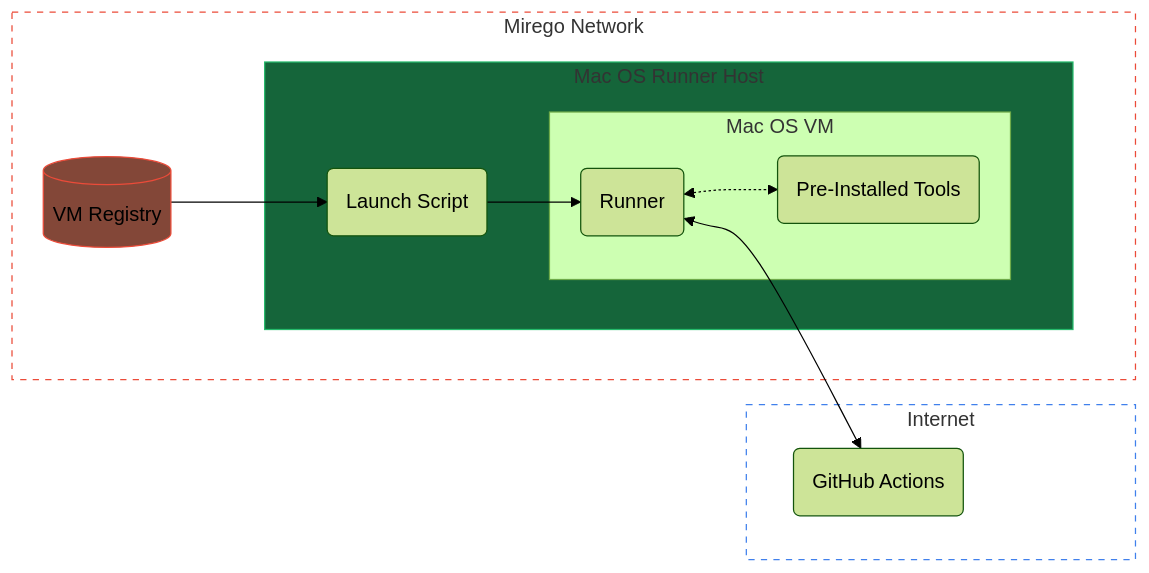
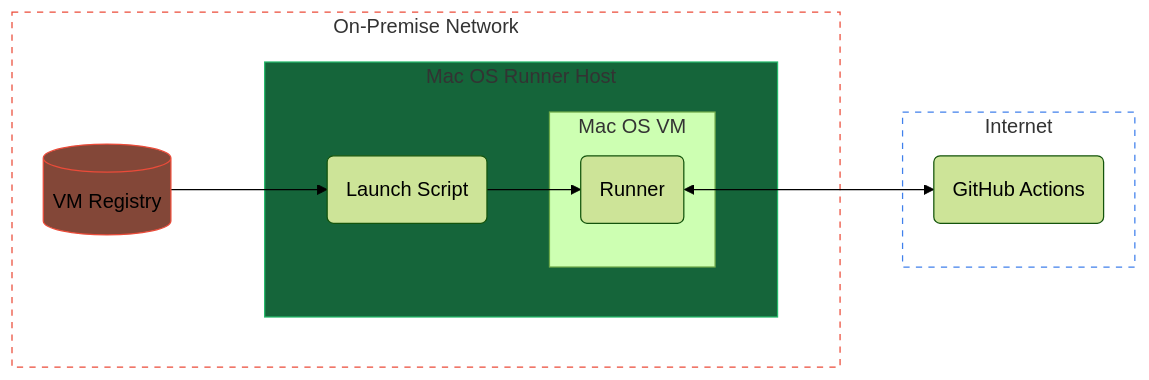
The diagram in README.md (mirego/ekiden), drawn with Mermaid (forest theme) before and after one commit. The commit also changed other lines of this file and 15 other files, not shown here.

````diff
--- a/README.md
+++ b/README.md
@@ -73,30 +36,30 @@
 ```mermaid
 flowchart LR
-    subgraph mirego [Mirego Network]
+    subgraph local [On-Premise Network]
         subgraph spacer [ ]
             subgraph host [Mac OS Runner Host]
                 subgraph spacer2 [ ]
                     script(Launch Script)-->runner(SSH Client)
                     subgraph guest [Mac OS VM]
-                        runner(Runner)<-.->tools(Pre-Installed Tools)
+                        runner(Runner)
                     end
                 end
             end
         end
 
         registry[(VM Registry)]-->script
     end
 
     subgraph internet [Internet]
         runner<-->github(GitHub Actions)
     end
 
 
-    style mirego fill:transparent,stroke:#eb4b39,stroke-dasharray:5
+    style local fill:transparent,stroke:#eb4b39,stroke-dasharray:5
     style internet fill:transparent,stroke:#4080ec,stroke-dasharray:5
     style spacer fill:transparent,stroke:transparent
     style spacer2 fill:transparent,stroke:transparent
 
     style host fill:#15653a,stroke:#25ba6b
     style registry fill:#834738,stroke:#eb4b39
 ```
````
